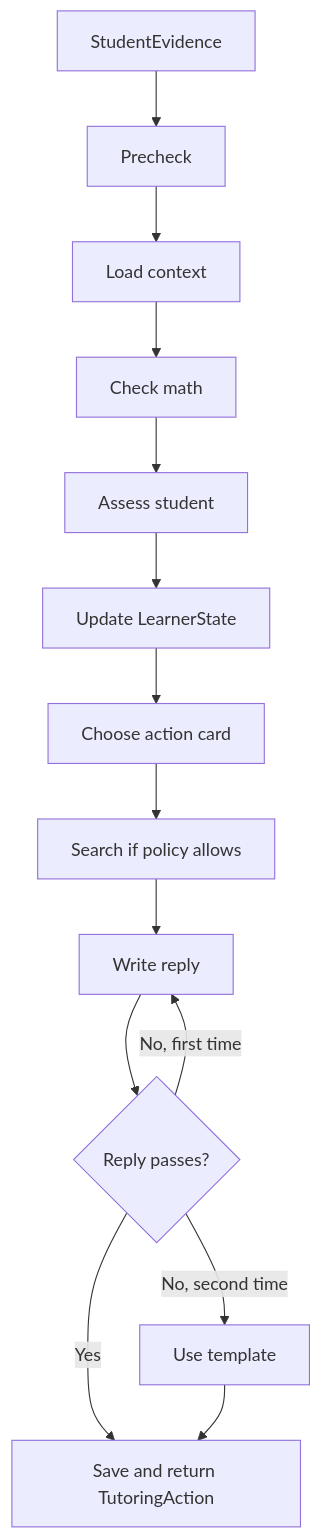
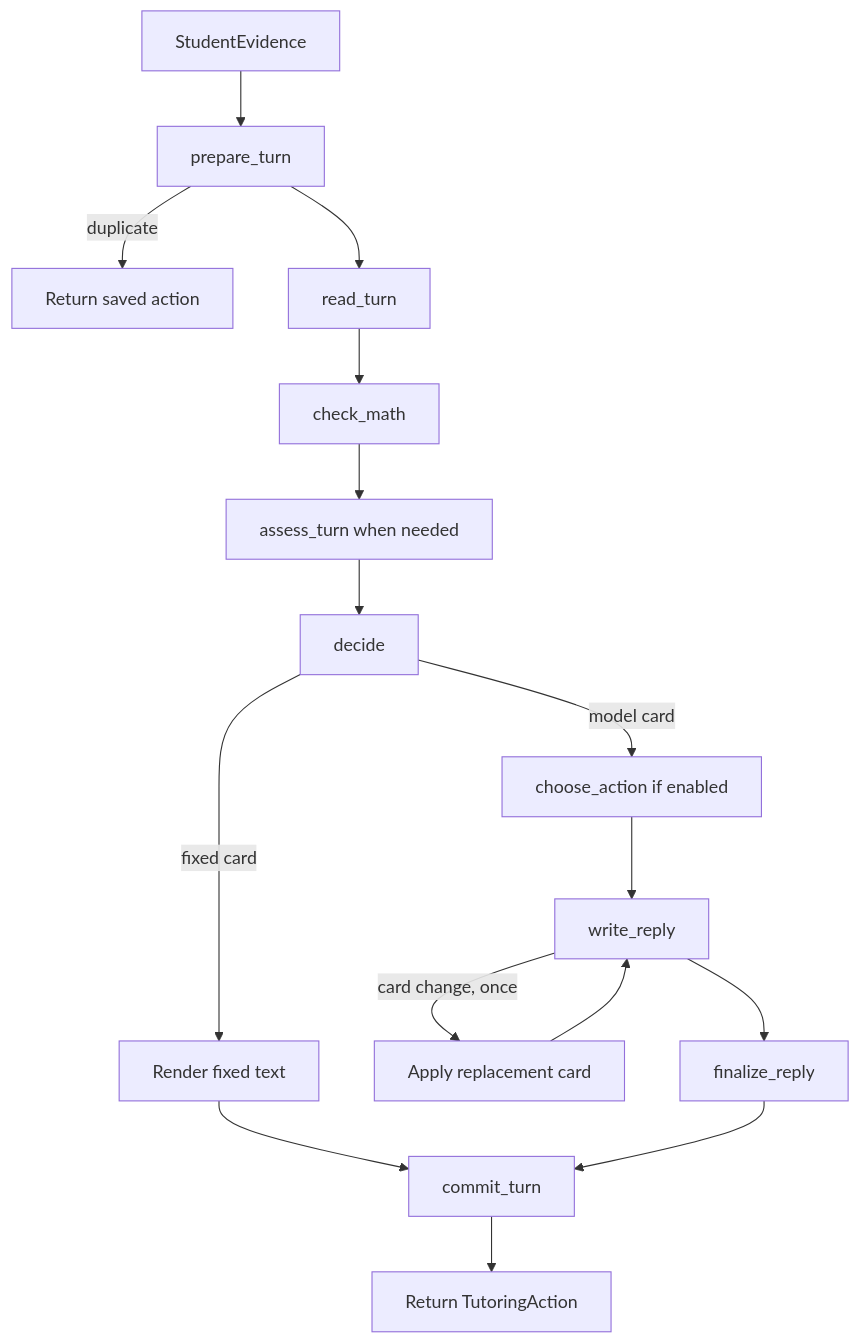
Before and after one commit to digital-professor-lab/digital-professor: the second of 3 diagrams in specs/tutoring-engine.md, drawn with Mermaid. The commit also changed other lines of this file, not shown here.

Commit message:
JDP-54: Update to final Tutoring Engine V1 specification

````diff
--- a/specs/tutoring-engine.md
+++ b/specs/tutoring-engine.md
@@ -204,16 +318,18 @@
 ```mermaid
 flowchart TD
-    A[StudentEvidence] --> B[Precheck]
-    B --> C[Load context]
-    C --> D[Check math]
-    D --> E[Assess student]
-    E --> F[Update LearnerState]
-    F --> G[Choose action card]
-    G --> H[Search if policy allows]
-    H --> I[Write reply]
-    I --> J{Reply passes?}
-    J -->|Yes| K[Save and return TutoringAction]
-    J -->|No, first time| I
-    J -->|No, second time| L[Use template]
-    L --> K
+    A[StudentEvidence] --> B[prepare_turn]
+    B -->|duplicate| Z[Return saved action]
+    B --> C[read_turn]
+    C --> D[check_math]
+    D --> E[assess_turn when needed]
+    E --> F[decide]
+    F -->|fixed card| I[Render fixed text]
+    F -->|model card| G[choose_action if enabled]
+    G --> H[write_reply]
+    H -->|card change, once| F2[Apply replacement card]
+    F2 --> H
+    H --> J[finalize_reply]
+    I --> K[commit_turn]
+    J --> K
+    K --> L[Return TutoringAction]
 ```
````
